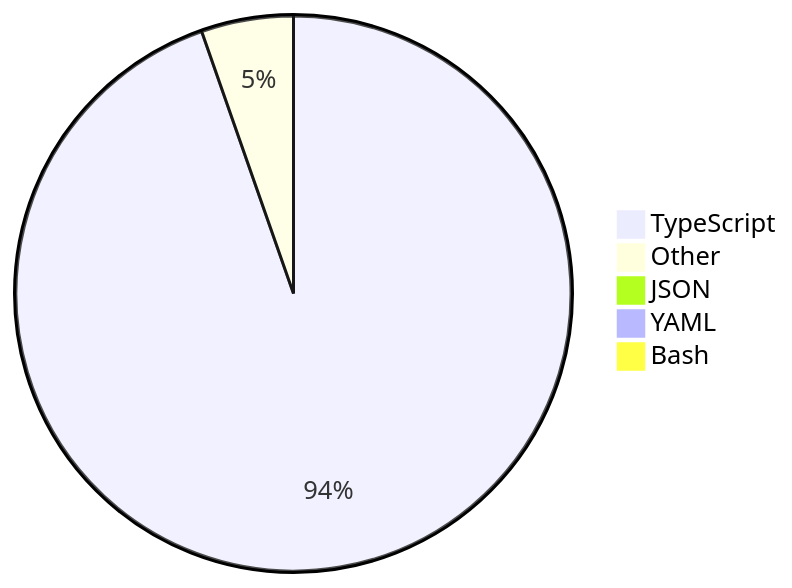
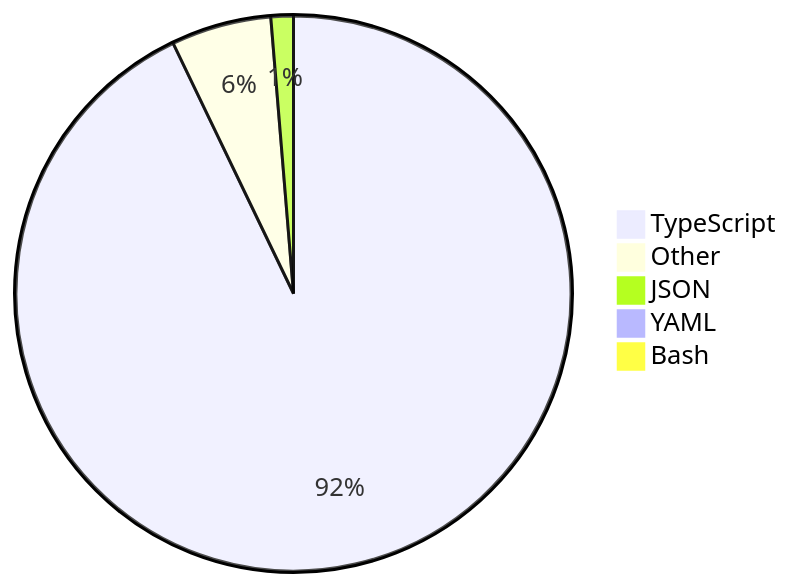
Before and after one commit to skvggor/skvggor: the diagram in README.md, drawn with Mermaid.

Commit message:
Updated waka-readme graph with new metrics

````diff
--- a/README.md
+++ b/README.md
@@ -14,8 +14,8 @@
 ```mermaid
 pie
-    "TypeScript" : 93.5
-    "Other" : 5.3
-    "JSON" : 0.7
+    "TypeScript" : 92.4
+    "Other" : 5.8
+    "JSON" : 1.3
     "YAML" : 0.4
-    "Bash" : 0.1
+    "Bash" : 0.0
 ```
````
